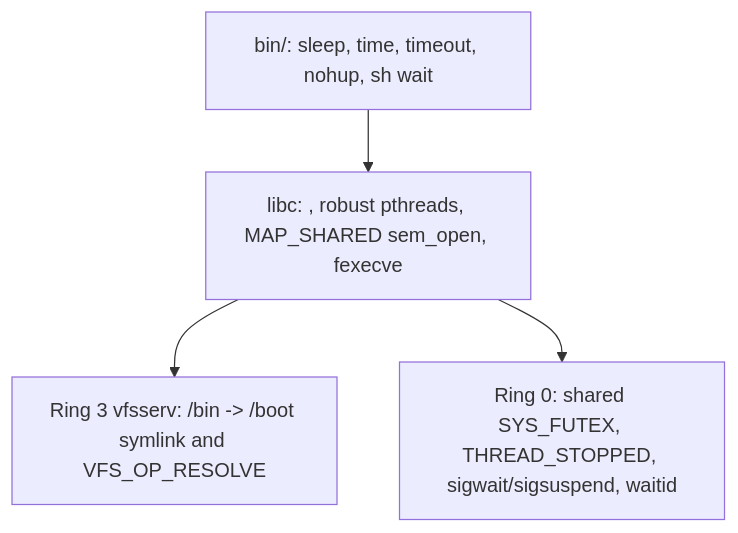
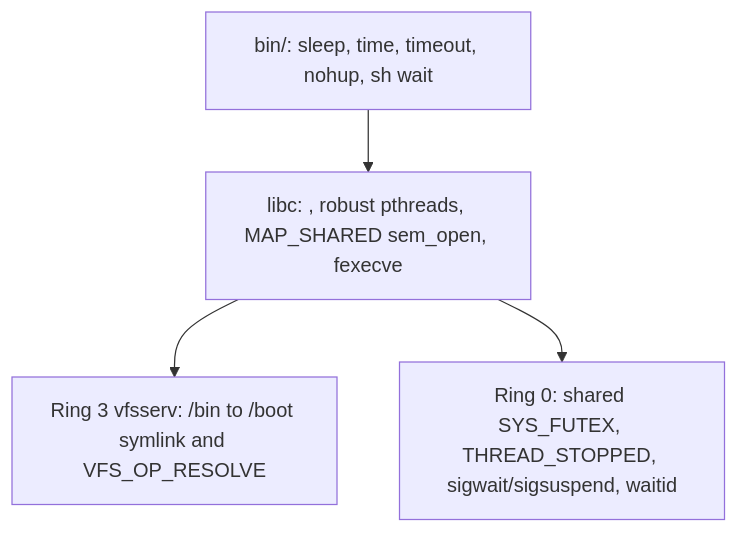
Before and after one commit to Deniz-Eren/microkernel: the diagram in docs/30-architecture/adr/ADR_0031.md, drawn with Mermaid. The commit also changed other lines of this file and 151 other files, not shown here.

````diff
--- a/docs/30-architecture/adr/ADR_0031.md
+++ b/docs/30-architecture/adr/ADR_0031.md
@@ -25,11 +25,11 @@
 ```mermaid
 flowchart TD
     UTILS["bin/: sleep, time, timeout, nohup, sh wait"]
     LIBC["libc: <threads.h>, robust pthreads, MAP_SHARED sem_open, fexecve"]
-    VFS["Ring 3 vfsserv: /bin -> /boot symlink and VFS_OP_RESOLVE"]
+    VFS["Ring 3 vfsserv: /bin to /boot symlink and VFS_OP_RESOLVE"]
     K["Ring 0: shared SYS_FUTEX, THREAD_STOPPED, sigwait/sigsuspend, waitid"]
 
     UTILS --> LIBC
     LIBC --> VFS
     LIBC --> K
 ```
````
